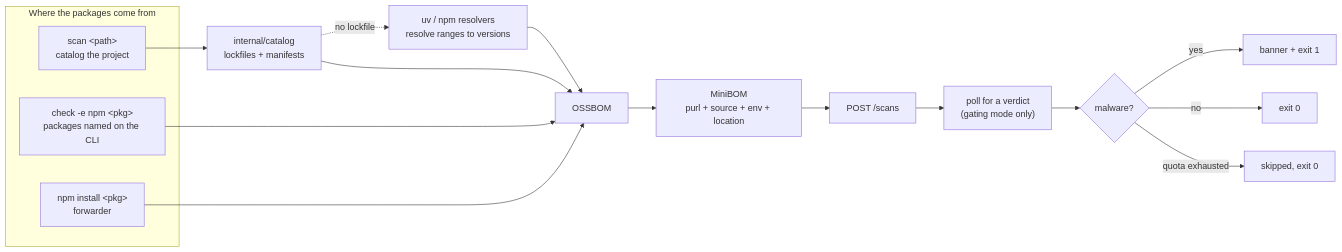
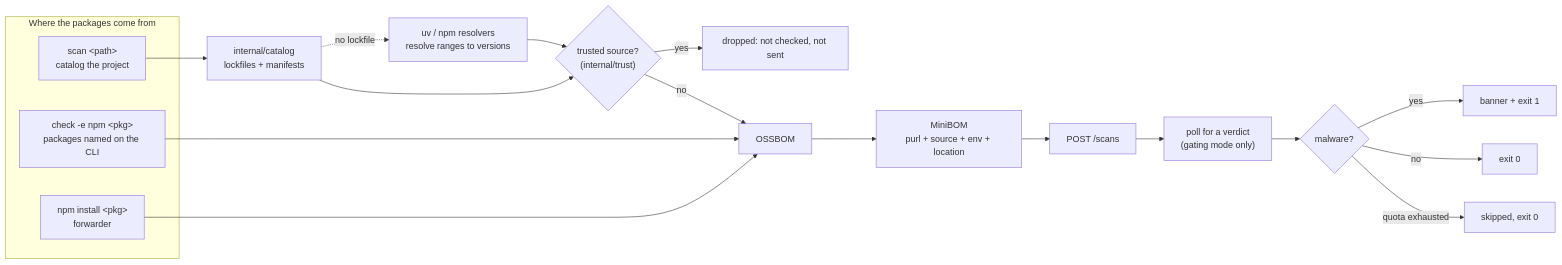
One commit to ossprey/ossprey-cli changed the first of 3 diagrams in docs/architecture.md. Above: the diagram before and after it, drawn with Mermaid. The commit also changed 25 other files, not shown here.

````diff
--- a/docs/architecture.md
+++ b/docs/architecture.md
@@ -17,22 +17,24 @@
 ```mermaid
 flowchart LR
     subgraph sources["Where the packages come from"]
         A["scan &lt;path&gt;<br/>catalog the project"]
         B["check -e npm &lt;pkg&gt;<br/>packages named on the CLI"]
         C["npm install &lt;pkg&gt;<br/>forwarder"]
     end
 
     A --> D["internal/catalog<br/>lockfiles + manifests"]
     D -. "no lockfile" .-> E["uv / npm resolvers<br/>resolve ranges to versions"]
-    E --> F
-    D --> F["OSSBOM"]
+    E --> T
+    D --> T{"trusted source?<br/>(internal/trust)"}
+    T -- "yes" --> X["dropped: not checked, not sent"]
+    T -- "no" --> F["OSSBOM"]
     B --> F
     C --> F
     F --> G["MiniBOM<br/>purl + source + env + location"]
     G --> H["POST /scans"]
     H --> I["poll for a verdict<br/>(gating mode only)"]
     I --> J{"malware?"}
     J -- "yes" --> K["banner + exit 1"]
     J -- "no" --> L["exit 0"]
     J -- "quota exhausted" --> M["skipped, exit 0"]
 ```
````
